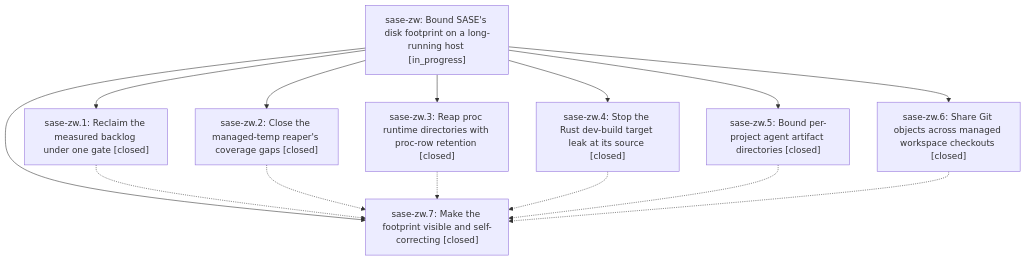
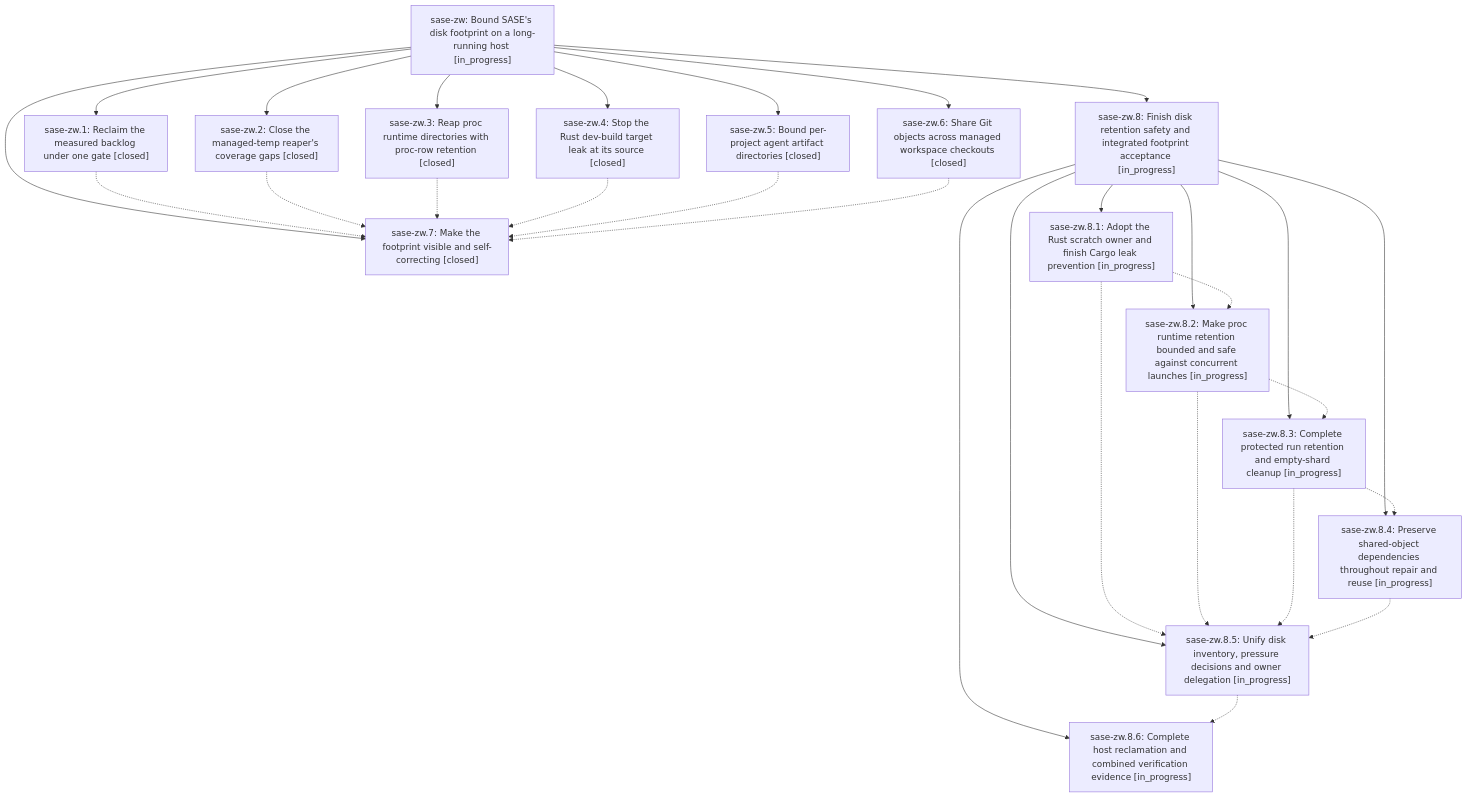
Before and after one commit to sase-org/sase--beads: the diagram in pages/sase-zw/README.md, drawn with Mermaid. The commit also changed other lines of this file and 7 other files, not shown here.

````diff
--- a/pages/sase-zw/README.md
+++ b/pages/sase-zw/README.md
@@ -32,24 +50,46 @@
 ```mermaid
 flowchart TD
     n0["sase-zw: Bound SASE's disk footprint on a long-running host [in_progress]"]
     n1["sase-zw.1: Reclaim the measured backlog under one gate [closed]"]
     n2["sase-zw.2: Close the managed-temp reaper's coverage gaps [closed]"]
     n3["sase-zw.3: Reap proc runtime directories with proc-row retention [closed]"]
     n4["sase-zw.4: Stop the Rust dev-build target leak at its source [closed]"]
     n5["sase-zw.5: Bound per-project agent artifact directories [closed]"]
     n6["sase-zw.6: Share Git objects across managed workspace checkouts [closed]"]
     n7["sase-zw.7: Make the footprint visible and self-correcting [closed]"]
+    n8["sase-zw.8: Finish disk retention safety and integrated footprint acceptance [in_progress]"]
+    n9["sase-zw.8.1: Adopt the Rust scratch owner and finish Cargo leak prevention [in_progress]"]
+    n10["sase-zw.8.2: Make proc runtime retention bounded and safe against concurrent launches [in_progress]"]
+    n11["sase-zw.8.3: Complete protected run retention and empty-shard cleanup [in_progress]"]
+    n12["sase-zw.8.4: Preserve shared-object dependencies throughout repair and reuse [in_progress]"]
+    n13["sase-zw.8.5: Unify disk inventory, pressure decisions and owner delegation [in_progress]"]
+    n14["sase-zw.8.6: Complete host reclamation and combined verification evidence [in_progress]"]
     n0 --> n1
     n0 --> n2
     n0 --> n3
     n0 --> n4
     n0 --> n5
     n0 --> n6
     n0 --> n7
+    n0 --> n8
+    n8 --> n9
+    n8 --> n10
+    n8 --> n11
+    n8 --> n12
+    n8 --> n13
+    n8 --> n14
     n1 -.-> n7
     n2 -.-> n7
     n3 -.-> n7
     n4 -.-> n7
     n5 -.-> n7
     n6 -.-> n7
+    n9 -.-> n10
+    n9 -.-> n13
+    n10 -.-> n11
+    n10 -.-> n13
+    n11 -.-> n12
+    n11 -.-> n13
+    n12 -.-> n13
+    n13 -.-> n14
 ```
````
